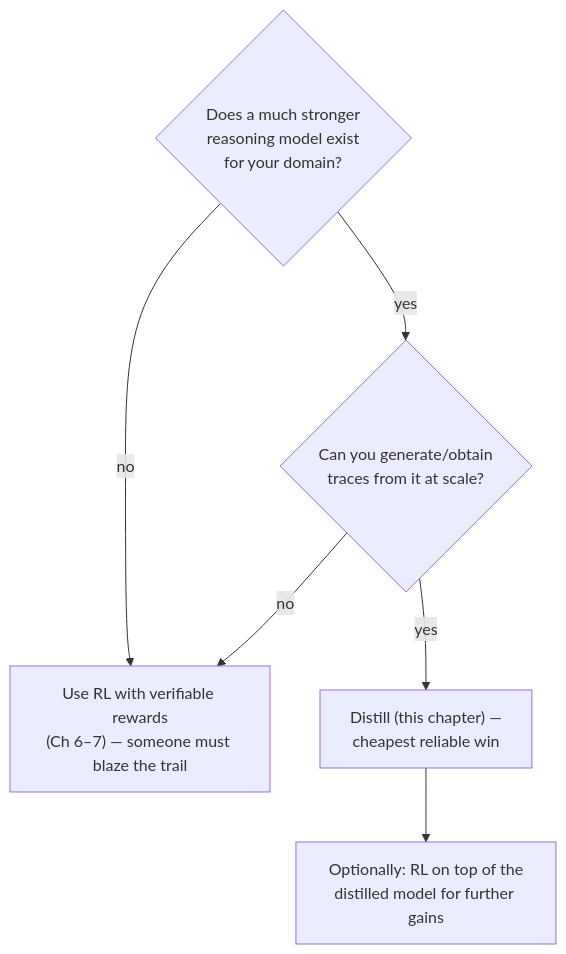
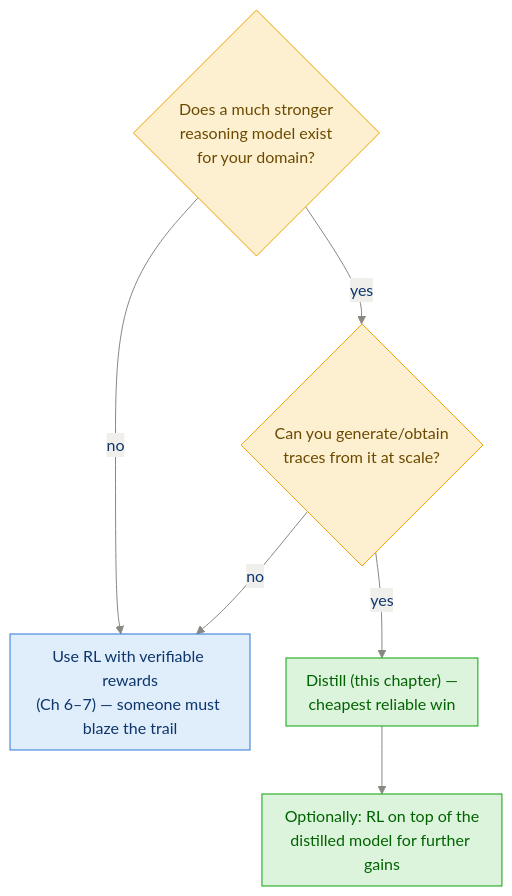
Before and after one commit to sudhanshu-shivam-dev/reasoning_model_from_scratch: the third of 4 diagrams in study_guide/ch08_distillation.md, drawn with Mermaid. The commit also changed other lines of this file and 14 other files, not shown here.

First line of the commit message:
Restyle all 54 diagrams: consistent palette, semantic colors, better spacing

````diff
--- a/study_guide/ch08_distillation.md
+++ b/study_guide/ch08_distillation.md
@@ -114,8 +124,13 @@
 ```mermaid
+%%{init: {"theme":"base","themeVariables":{"primaryColor":"#e0edfb","primaryTextColor":"#0d366b","primaryBorderColor":"#2a78d6","lineColor":"#898781","textColor":"#52514e","edgeLabelBackground":"#f0efec","clusterBkg":"rgba(137,135,129,0.07)","clusterBorder":"#a9a7a0","titleColor":"#898781"},"flowchart":{"nodeSpacing":36,"rankSpacing":44,"curve":"basis","padding":10}}}%%
 flowchart TB
     Q1{"Does a much stronger<br/>reasoning model exist<br/>for your domain?"} -- yes --> Q2{"Can you generate/obtain<br/>traces from it at scale?"}
     Q1 -- no --> RL["Use RL with verifiable rewards<br/>(Ch 6–7) — someone must blaze the trail"]
     Q2 -- yes --> DIST["Distill (this chapter) —<br/>cheapest reliable win"]
     Q2 -- no --> RL
     DIST --> PLUS["Optionally: RL on top of the<br/>distilled model for further gains"]
+    classDef dec fill:#fdf0d1,stroke:#eda100,color:#6b4a00
+    classDef good fill:#dcf3dc,stroke:#0ca30c,color:#006300
+    class Q1,Q2 dec
+    class DIST,PLUS good
 ```
````
